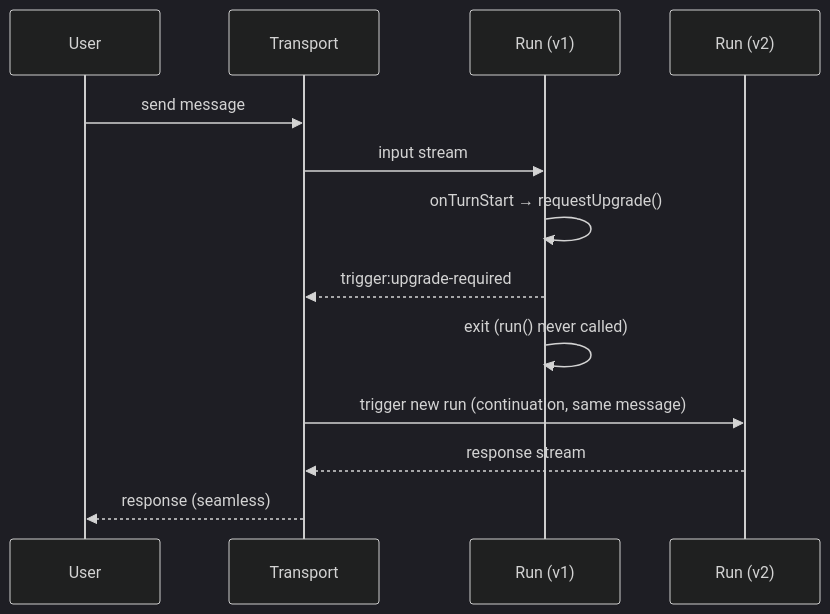
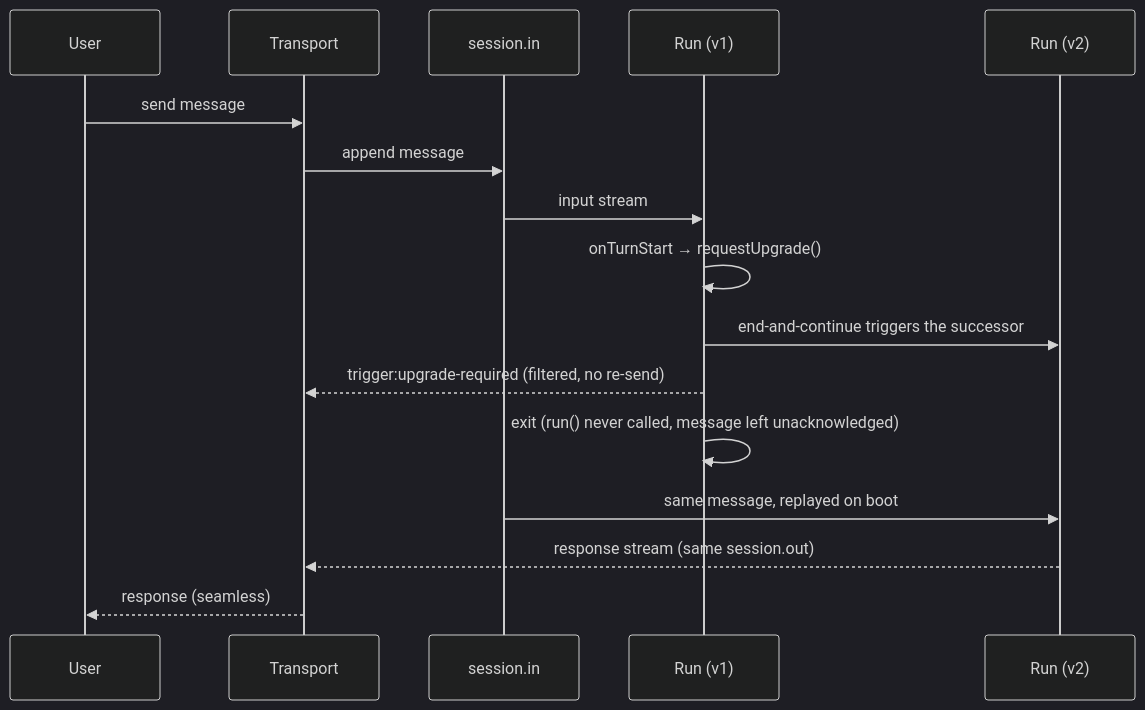
The diagram in dev-platforms/trigger-dev/pages/docs/ai-chat/patterns/version-upgrades.md (Eyre921/ofiicial-developer-docs), drawn with Mermaid (dark theme) before and after one commit. The commit also changed other lines of this file and 456 other files, not shown here.

````diff
--- a/dev-platforms/trigger-dev/pages/docs/ai-chat/patterns/version-upgrades.md
+++ b/dev-platforms/trigger-dev/pages/docs/ai-chat/patterns/version-upgrades.md
@@ -26,16 +56,19 @@
 ```mermaid theme={"theme":"css-variables"}
 sequenceDiagram
   participant User
   participant Transport
+  participant Session as session.in
   participant RunV1 as Run (v1)
   participant RunV2 as Run (v2)
 
   User->>Transport: send message
-  Transport->>RunV1: input stream
+  Transport->>Session: append message
+  Session->>RunV1: input stream
   RunV1->>RunV1: onTurnStart → requestUpgrade()
-  RunV1-->>Transport: trigger:upgrade-required
-  RunV1->>RunV1: exit (run() never called)
-  Transport->>RunV2: trigger new run (continuation, same message)
-  RunV2-->>Transport: response stream
+  RunV1->>RunV2: end-and-continue triggers the successor
+  RunV1-->>Transport: trigger:upgrade-required (filtered, no re-send)
+  RunV1->>RunV1: exit (run() never called, message left unacknowledged)
+  Session->>RunV2: same message, replayed on boot
+  RunV2-->>Transport: response stream (same session.out)
   Transport-->>User: response (seamless)
 ```
````
